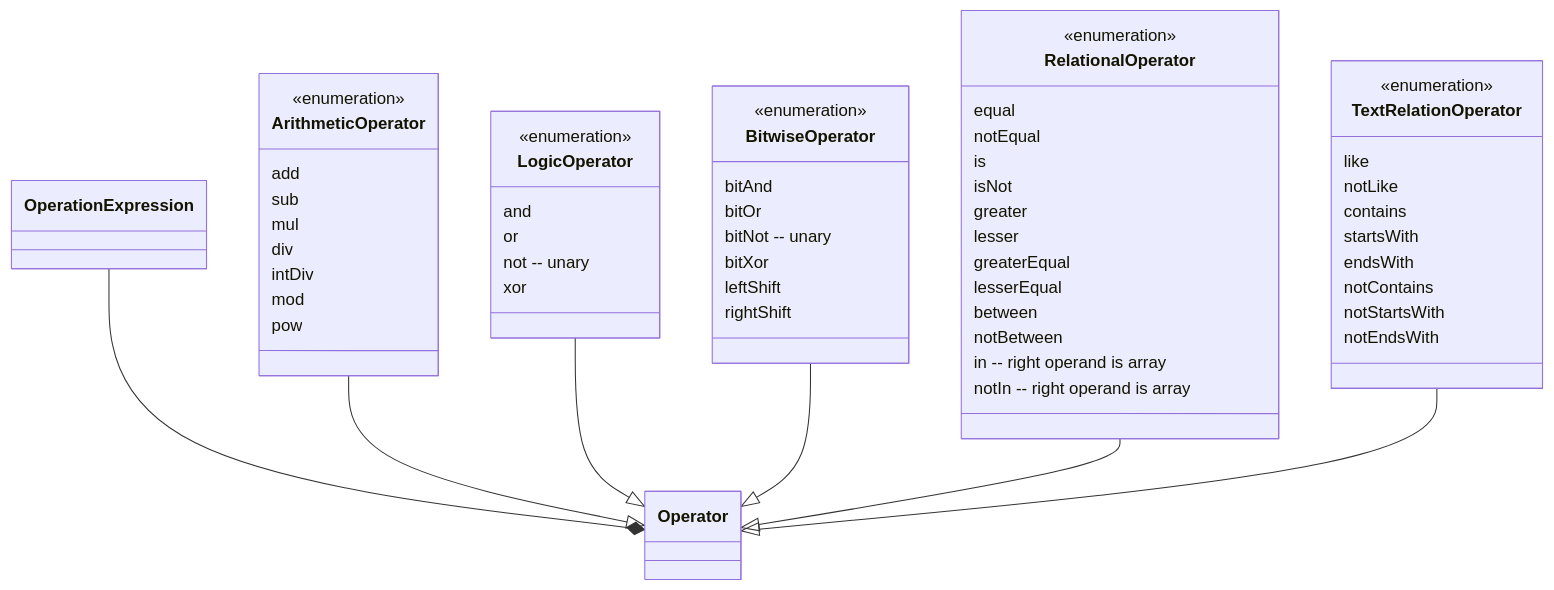
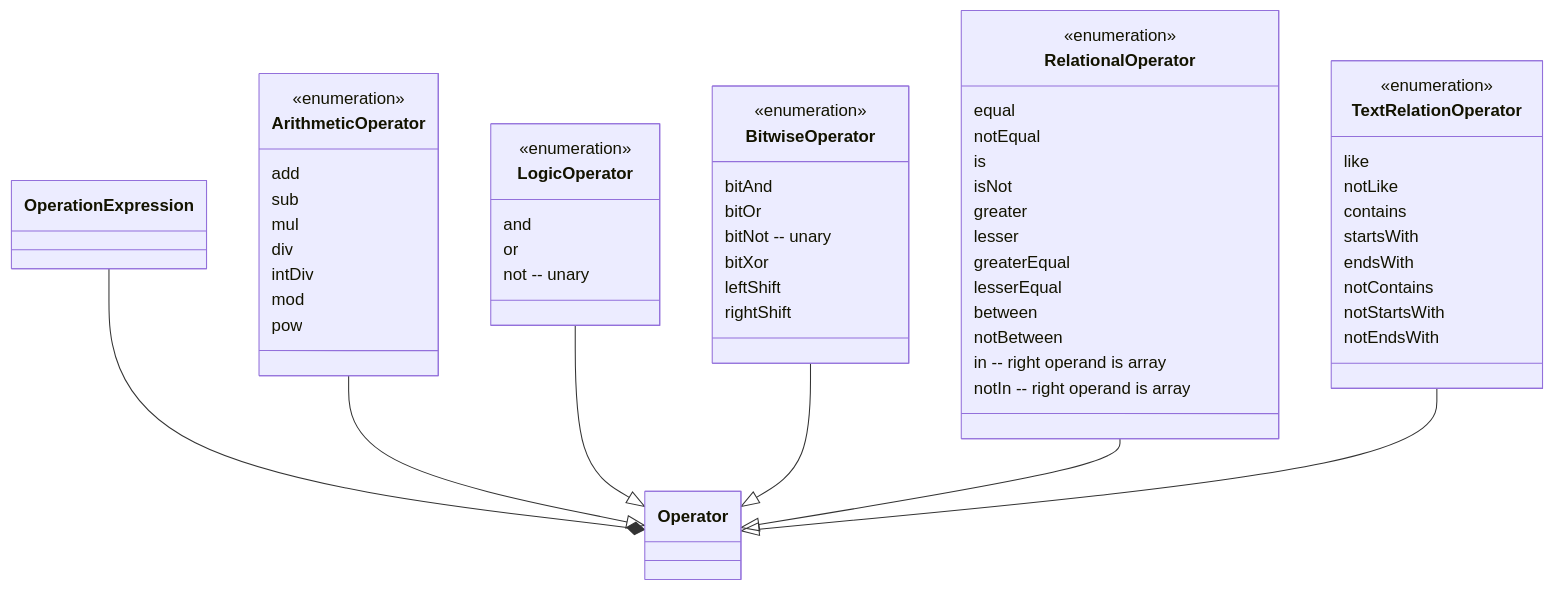
The diagram in core/UML/mermaid/operators.md (opengeospatial/styles-and-symbology), drawn with Mermaid before and after one commit.

Commit message:
UML/operators: Removing logical XOR - Few languages implement a dedicated logical xor operator (notEqual or bitXor can be used)

````diff
--- a/core/UML/mermaid/operators.md
+++ b/core/UML/mermaid/operators.md
@@ -3,70 +3,69 @@
 ```mermaid
 classDiagram
 
 %% Operators
 class Operator
 
 OperationExpression --* Operator
 
 class ArithmeticOperator {
    <<enumeration>>
    add
    sub
    mul
    div
    intDiv
    mod
    pow
 }
 ArithmeticOperator --|> Operator
 
 class LogicOperator {
    <<enumeration>>
    and
    or
    not -- unary
-   xor
 }
 LogicOperator --|> Operator
 
 class BitwiseOperator {
    <<enumeration>>
    bitAnd
    bitOr
    bitNot -- unary
    bitXor
    leftShift
    rightShift
 }
 BitwiseOperator --|> Operator
 
 class RelationalOperator {
    <<enumeration>>
    equal
    notEqual
    is
    isNot
    greater
    lesser
    greaterEqual
    lesserEqual
    between
    notBetween
    in -- right operand is array
    notIn -- right operand is array
 }
 RelationalOperator --|> Operator
 
 class TextRelationOperator {
    <<enumeration>>
    like
    notLike
    contains
    startsWith
    endsWith
    notContains
    notStartsWith
    notEndsWith
 }
 TextRelationOperator --|> Operator
 ```
````
